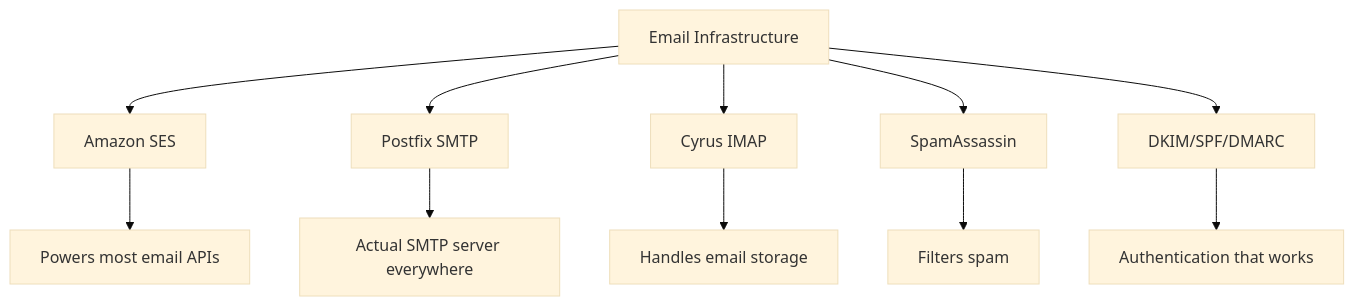
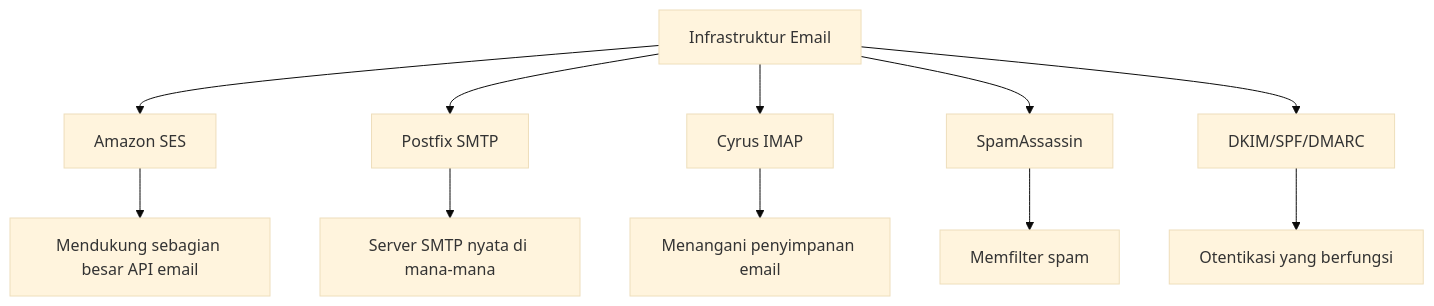
One commit to forwardemail/forwardemail.net changed the first of 10 diagrams in app/views/docs/email-startup-graveyard-why-80-percent-email-companies-fail/index-id.md. Above: the diagram before and after it, drawn with Mermaid (base theme). The commit also changed other lines of this file and 1055 other files, not shown here.

````diff
--- a/app/views/docs/email-startup-graveyard-why-80-percent-email-companies-fail/index-id.md
+++ b/app/views/docs/email-startup-graveyard-why-80-percent-email-companies-fail/index-id.md
@@ -127,14 +126,14 @@
 ```mermaid
 graph TD
-    A[Email Infrastructure] --> B[Amazon SES]
+    A[Infrastruktur Email] --> B[Amazon SES]
     A --> C[Postfix SMTP]
     A --> D[Cyrus IMAP]
     A --> E[SpamAssassin]
     A --> F[DKIM/SPF/DMARC]
 
-    B --> G[Powers most email APIs]
-    C --> H[Actual SMTP server everywhere]
-    D --> I[Handles email storage]
-    E --> J[Filters spam]
-    F --> K[Authentication that works]
+    B --> G[Mendukung sebagian besar API email]
+    C --> H[Server SMTP nyata di mana-mana]
+    D --> I[Menangani penyimpanan email]
+    E --> J[Memfilter spam]
+    F --> K[Otentikasi yang berfungsi]
 ```
````
